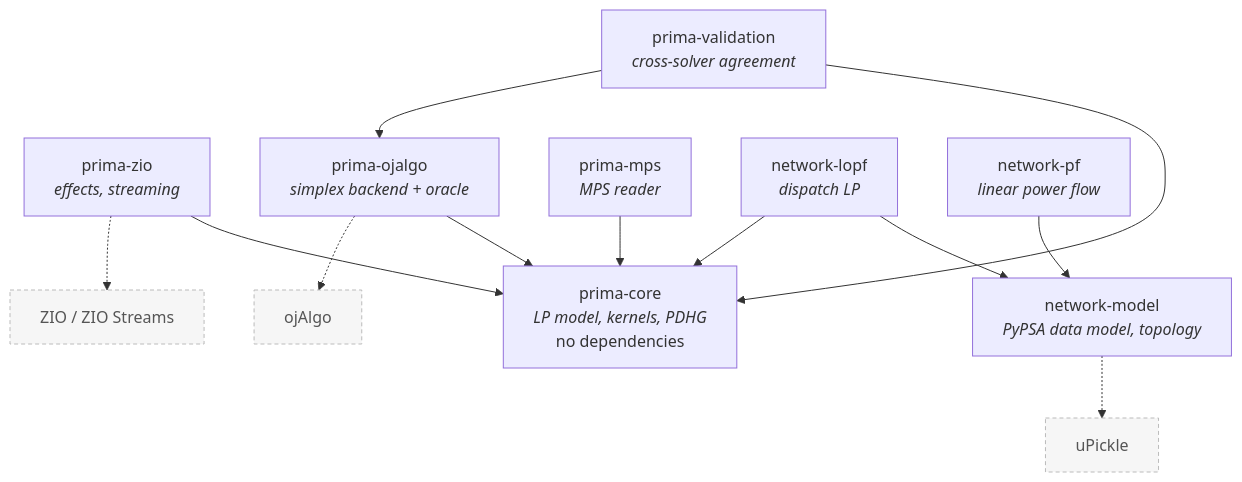
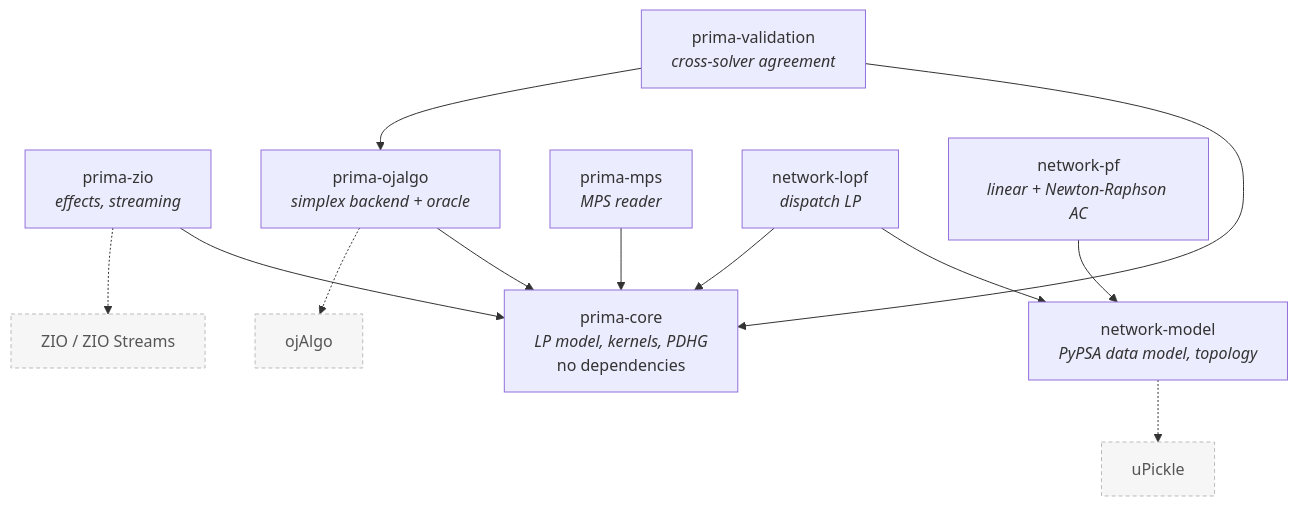
One commit to oluies/noaidi changed the first of 6 diagrams in ARCHITECTURE.md. Above: the diagram before and after it, drawn with Mermaid. The commit also changed other lines of this file and 30 other files, not shown here.

First line of the commit message:
Newton-Raphson AC power flow (#9)

````diff
--- a/ARCHITECTURE.md
+++ b/ARCHITECTURE.md
@@ -30,30 +30,30 @@
 ```mermaid
 graph TD
     primaCore["prima-core<br/><i>LP model, kernels, PDHG</i><br/>no dependencies"]
     primaZio["prima-zio<br/><i>effects, streaming</i>"]
     primaOjalgo["prima-ojalgo<br/><i>simplex backend + oracle</i>"]
     primaValidation["prima-validation<br/><i>cross-solver agreement</i>"]
     primaMps["prima-mps<br/><i>MPS reader</i>"]
 
     networkModel["network-model<br/><i>PyPSA data model, topology</i>"]
     networkLopf["network-lopf<br/><i>dispatch LP</i>"]
-    networkPf["network-pf<br/><i>linear power flow</i>"]
+    networkPf["network-pf<br/><i>linear + Newton-Raphson AC</i>"]
 
     zioLib["ZIO / ZIO Streams"]:::ext
     ojalgoLib["ojAlgo"]:::ext
     upickleLib["uPickle"]:::ext
 
     primaZio --> primaCore
     primaOjalgo --> primaCore
     primaValidation --> primaCore
     primaValidation --> primaOjalgo
     primaMps --> primaCore
     networkLopf --> networkModel
     networkLopf --> primaCore
     networkPf --> networkModel
     primaZio -.-> zioLib
     primaOjalgo -.-> ojalgoLib
     networkModel -.-> upickleLib
 
     classDef ext fill:#f6f6f6,stroke:#bbb,stroke-dasharray:4 3,color:#555;
 ```
````
